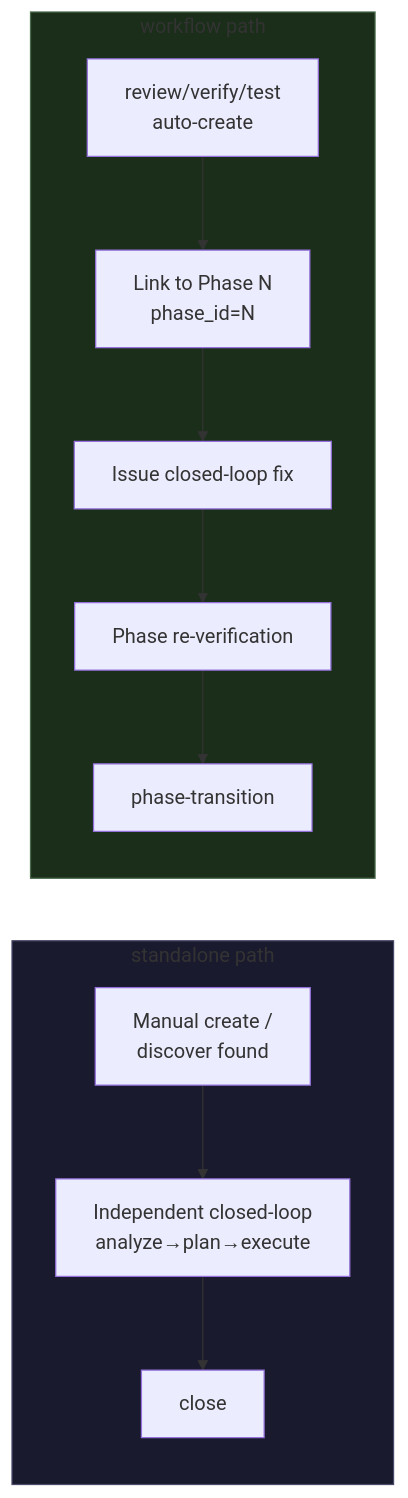
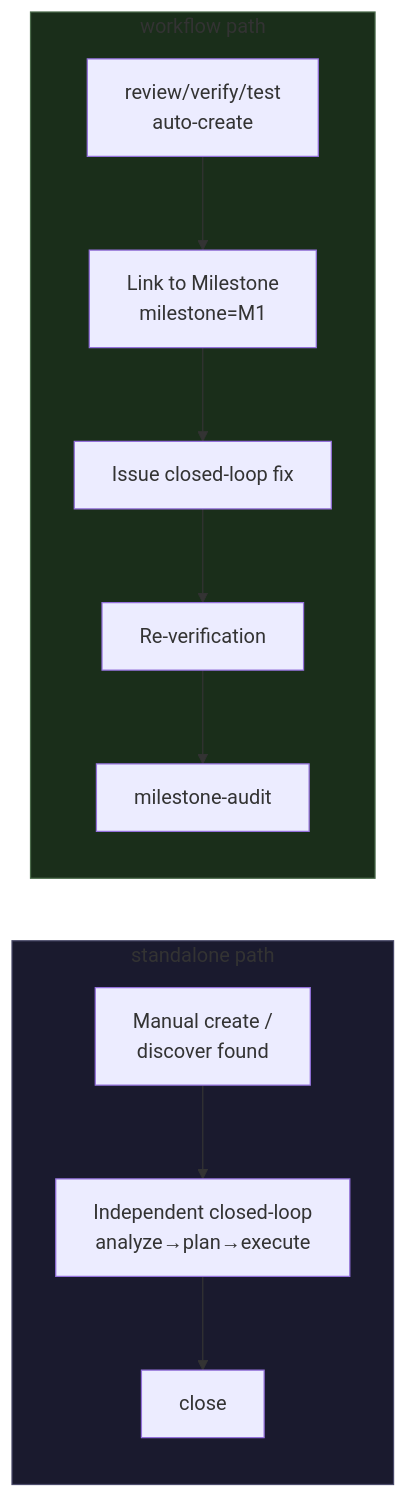
Before and after one commit to catlog22/maestro-flow: the third of 9 diagrams in guide/command-usage-guide.en.md, drawn with Mermaid. The commit also changed other lines of this file and 47 other files, not shown here.

````diff
--- a/guide/command-usage-guide.en.md
+++ b/guide/command-usage-guide.en.md
@@ -179,17 +177,17 @@
 ```mermaid
 graph LR
     subgraph standalone_path["standalone path"]
         S1["Manual create /<br>discover found"] --> S2["Independent closed-loop<br>analyze→plan→execute"]
         S2 --> S3["close"]
     end
 
     subgraph workflow_path["workflow path"]
-        W1["review/verify/test<br>auto-create"] --> W2["Link to Phase N<br>phase_id=N"]
+        W1["review/verify/test<br>auto-create"] --> W2["Link to Milestone<br>milestone=M1"]
         W2 --> W3["Issue closed-loop fix"]
-        W3 --> W4["Phase re-verification"]
-        W4 --> W5["phase-transition"]
+        W3 --> W4["Re-verification"]
+        W4 --> W5["milestone-audit"]
     end
 
     style standalone_path fill:#1a1a2e,stroke:#4a4a6a
     style workflow_path fill:#1a2e1a,stroke:#4a6a4a
 ```
````
